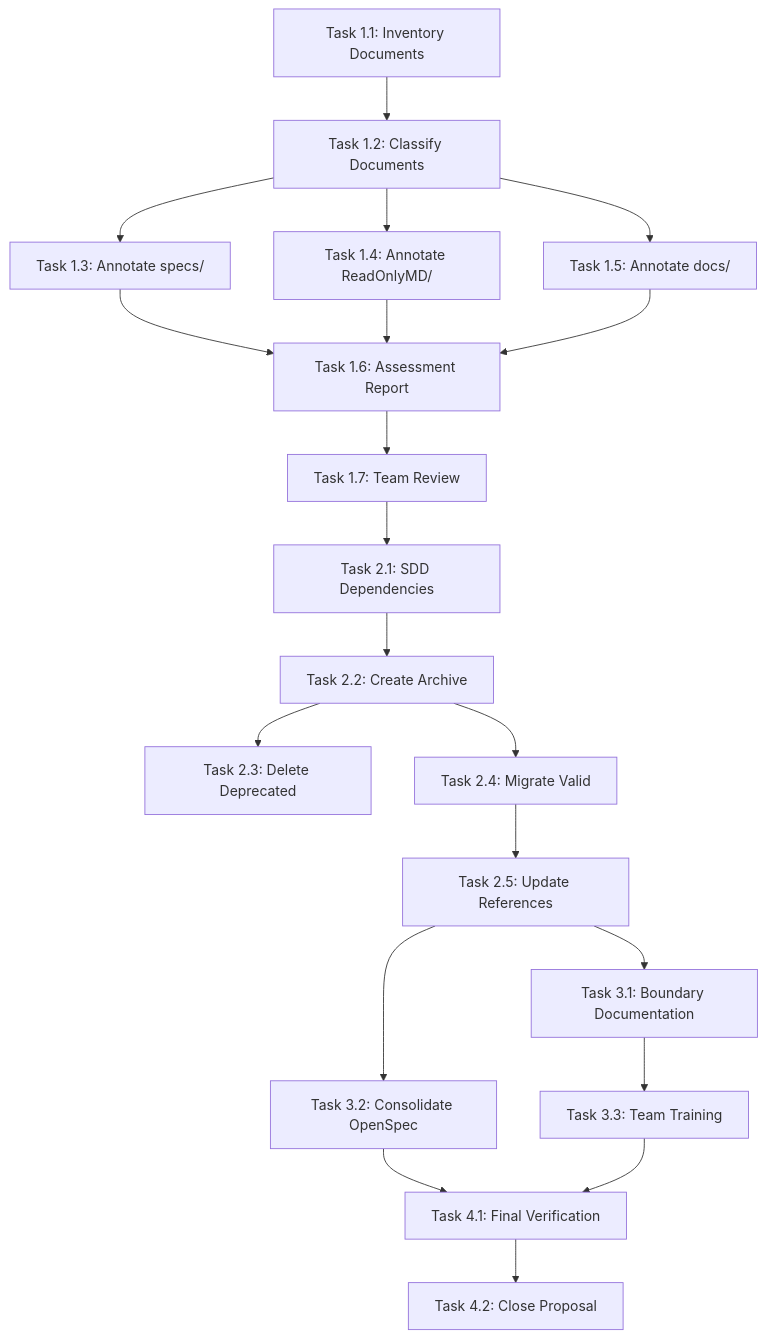
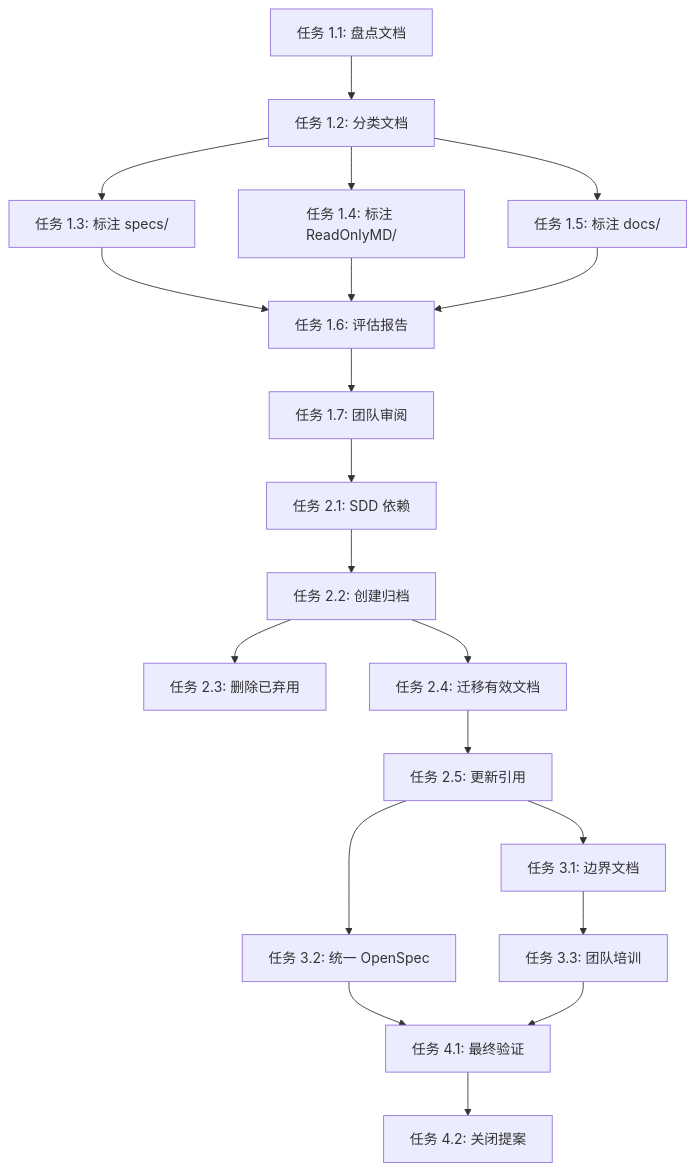
One commit to feewillowherb/MaterialClient changed the diagram in openspec/changes/archive/2026-01-15-md-milestone-document-organization/tasks.md. Above: the diagram before and after it, drawn with Mermaid. The commit also changed other lines of this file and 100 other files, not shown here.

````diff
--- a/openspec/changes/archive/2026-01-15-md-milestone-document-organization/tasks.md
+++ b/openspec/changes/archive/2026-01-15-md-milestone-document-organization/tasks.md
@@ -645,25 +645,25 @@
 ```mermaid
 graph TD
-    T1.1[Task 1.1: Inventory Documents] --> T1.2[Task 1.2: Classify Documents]
-    T1.2 --> T1.3[Task 1.3: Annotate specs/]
-    T1.2 --> T1.4[Task 1.4: Annotate ReadOnlyMD/]
-    T1.2 --> T1.5[Task 1.5: Annotate docs/]
-    T1.3 --> T1.6[Task 1.6: Assessment Report]
+    T1.1[任务 1.1: 盘点文档] --> T1.2[任务 1.2: 分类文档]
+    T1.2 --> T1.3[任务 1.3: 标注 specs/]
+    T1.2 --> T1.4[任务 1.4: 标注 ReadOnlyMD/]
+    T1.2 --> T1.5[任务 1.5: 标注 docs/]
+    T1.3 --> T1.6[任务 1.6: 评估报告]
     T1.4 --> T1.6
     T1.5 --> T1.6
-    T1.6 --> T1.7[Task 1.7: Team Review]
+    T1.6 --> T1.7[任务 1.7: 团队审阅]
 
-    T1.7 --> T2.1[Task 2.1: SDD Dependencies]
-    T2.1 --> T2.2[Task 2.2: Create Archive]
-    T2.2 --> T2.3[Task 2.3: Delete Deprecated]
-    T2.2 --> T2.4[Task 2.4: Migrate Valid]
-    T2.4 --> T2.5[Task 2.5: Update References]
+    T1.7 --> T2.1[任务 2.1: SDD 依赖]
+    T2.1 --> T2.2[任务 2.2: 创建归档]
+    T2.2 --> T2.3[任务 2.3: 删除已弃用]
+    T2.2 --> T2.4[任务 2.4: 迁移有效文档]
+    T2.4 --> T2.5[任务 2.5: 更新引用]
 
-    T2.5 --> T3.1[Task 3.1: Boundary Documentation]
-    T2.5 --> T3.2[Task 3.2: Consolidate OpenSpec]
-    T3.1 --> T3.3[Task 3.3: Team Training]
+    T2.5 --> T3.1[任务 3.1: 边界文档]
+    T2.5 --> T3.2[任务 3.2: 统一 OpenSpec]
+    T3.1 --> T3.3[任务 3.3: 团队培训]
 
-    T3.2 --> T4.1[Task 4.1: Final Verification]
+    T3.2 --> T4.1[任务 4.1: 最终验证]
     T3.3 --> T4.1
-    T4.1 --> T4.2[Task 4.2: Close Proposal]
+    T4.1 --> T4.2[任务 4.2: 关闭提案]
 ```
````
